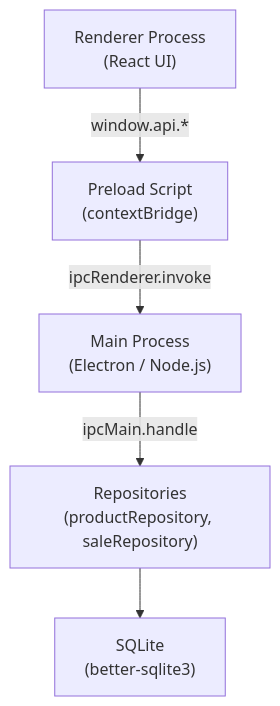
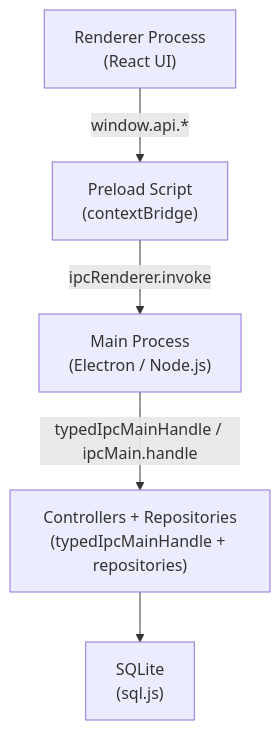
Before and after one commit to kvojps/meu-negocio-app: the first of 2 diagrams in docs/architecture.md, drawn with Mermaid. The commit also changed other lines of this file and 1 other file, not shown here.

````diff
--- a/docs/architecture.md
+++ b/docs/architecture.md
@@ -22,13 +22,13 @@
 ```mermaid
 graph TD
     A["Renderer Process<br/>(React UI)"]
     B["Preload Script<br/>(contextBridge)"]
     C["Main Process<br/>(Electron / Node.js)"]
-    D["Repositories<br/>(productRepository, saleRepository)"]
-    E["SQLite<br/>(better-sqlite3)"]
+  D["Controllers + Repositories<br/>(typedIpcMainHandle + repositories)"]
+  E["SQLite<br/>(sql.js)"]
 
     A -- "window.api.*" --> B
     B -- "ipcRenderer.invoke" --> C
-    C -- "ipcMain.handle" --> D
+  C -- "typedIpcMainHandle / ipcMain.handle" --> D
     D --> E
 ```
````
